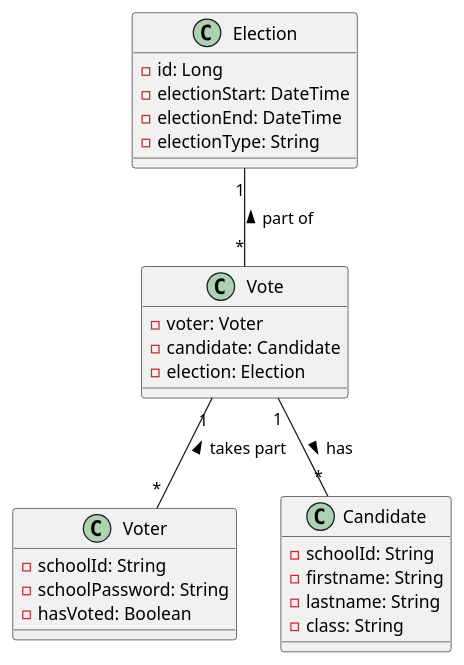
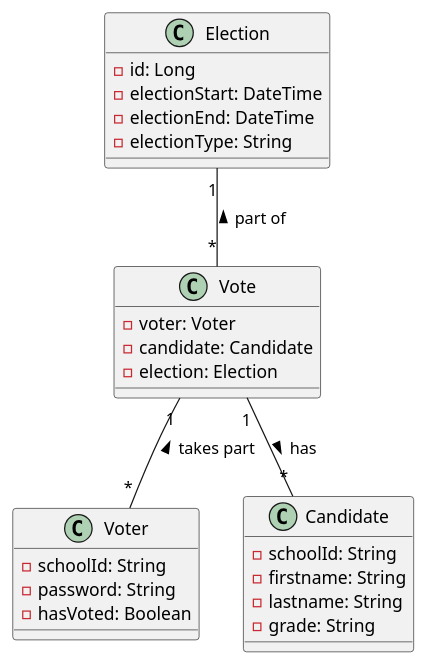
The diagram in asciidocs/plantuml/cld.puml (2324-4bhif-syp/2324-4bhif-syp-project-leovote), drawn with PlantUML before and after one commit. The commit also changed 1 other file, not shown here.

```diff
--- a/asciidocs/plantuml/cld.puml
+++ b/asciidocs/plantuml/cld.puml
@@ -1,33 +1,33 @@
 @startuml
 
 class Election {
     - id: Long
     - electionStart: DateTime
     - electionEnd: DateTime
     - electionType: String
 }
 
 class Vote {
     - voter: Voter
     - candidate: Candidate
     - election: Election
 }
 
 class Voter {
     - schoolId: String
-    - schoolPassword: String
+    - password: String
     - hasVoted: Boolean
 }
 
 class Candidate {
    - schoolId: String
    - firstname: String
    - lastname: String
-   - class: String
+   - grade: String
 }
 
 Vote   "1"--"*" Candidate  : > has
 Vote   "1"--"*" Voter  : < takes part
 Election "1"--"*" Vote : < part of
 
 @enduml
```
